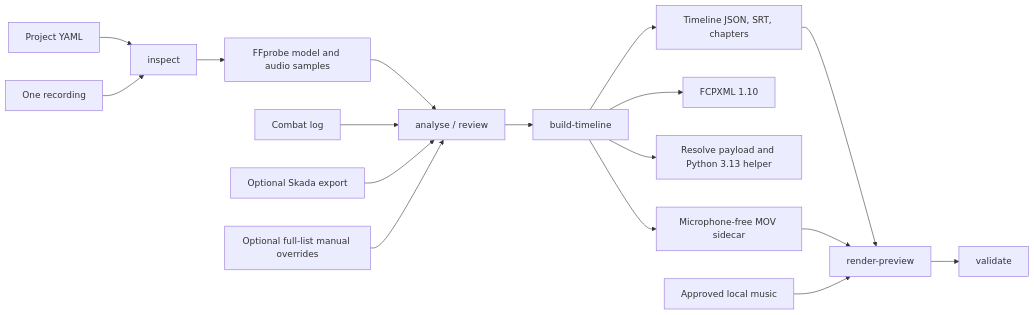
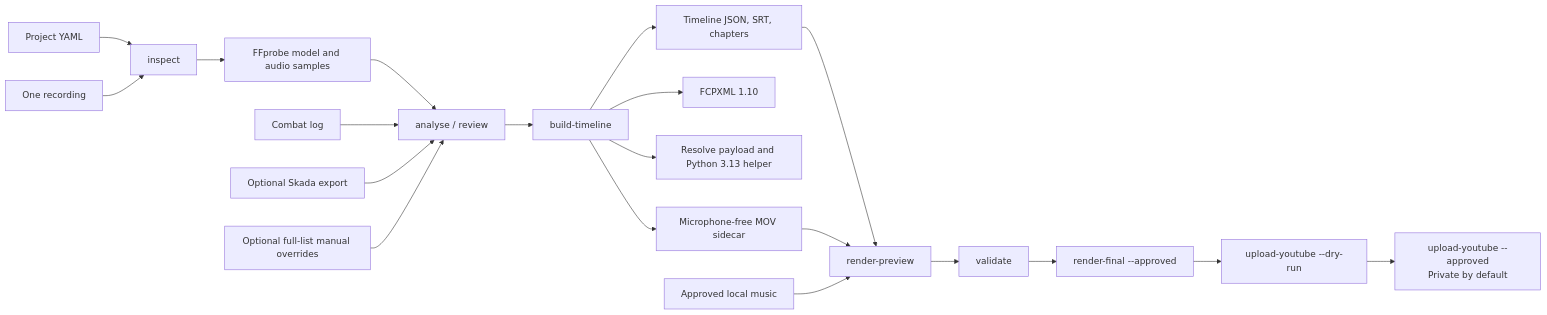
The diagram in docs/architecture.md (CRSD-Lau/RaidVideoEditor), drawn with Mermaid before and after one commit. The commit also changed other lines of this file and 17 other files, not shown here.

````diff
--- a/docs/architecture.md
+++ b/docs/architecture.md
@@ -15,19 +15,22 @@
 ```mermaid
 flowchart LR
     C["Project YAML"] --> I["inspect"]
     V["One recording"] --> I
     I --> P["FFprobe model and audio samples"]
     P --> A["analyse / review"]
     L["Combat log"] --> A
     S["Optional Skada export"] --> A
     M["Optional full-list manual overrides"] --> A
     A --> T["build-timeline"]
     T --> J["Timeline JSON, SRT, chapters"]
     T --> F["FCPXML 1.10"]
     T --> R["Resolve payload and Python 3.13 helper"]
     T --> X["Microphone-free MOV sidecar"]
     J --> Q["render-preview"]
     X --> Q
     U["Approved local music"] --> Q
     Q --> Z["validate"]
+    Z --> H["render-final --approved"]
+    H --> Y["upload-youtube --dry-run"]
+    Y --> O["upload-youtube --approved\nPrivate by default"]
 ```
````
